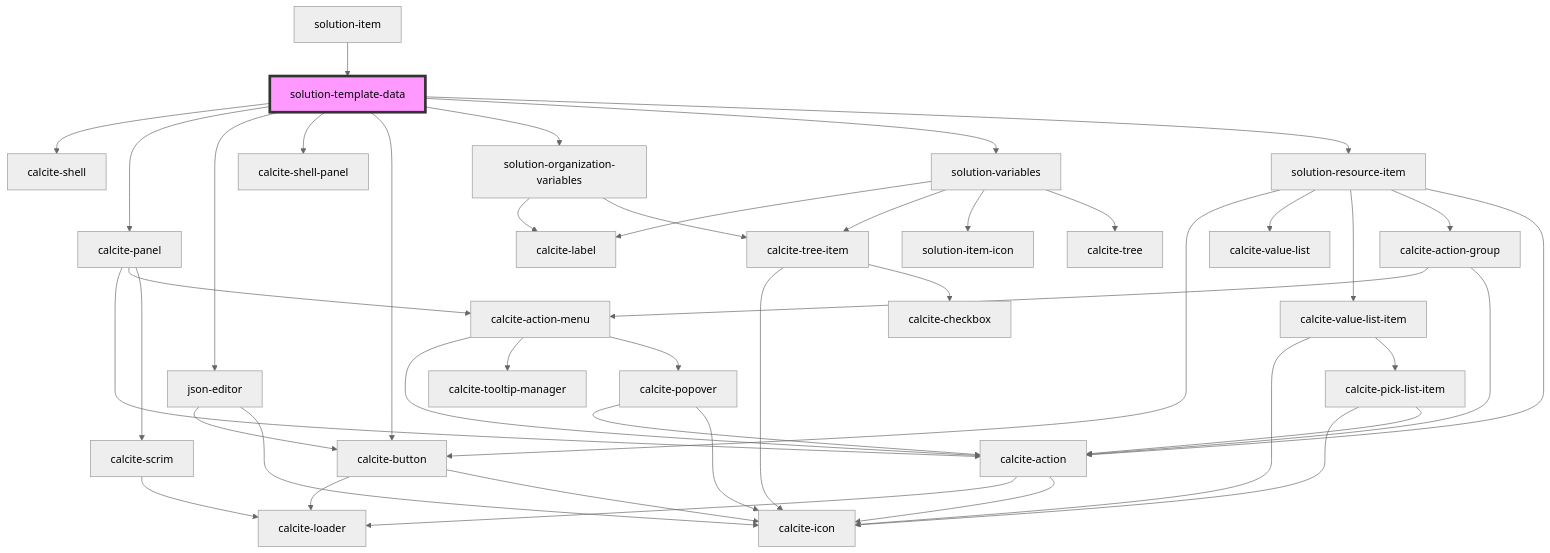
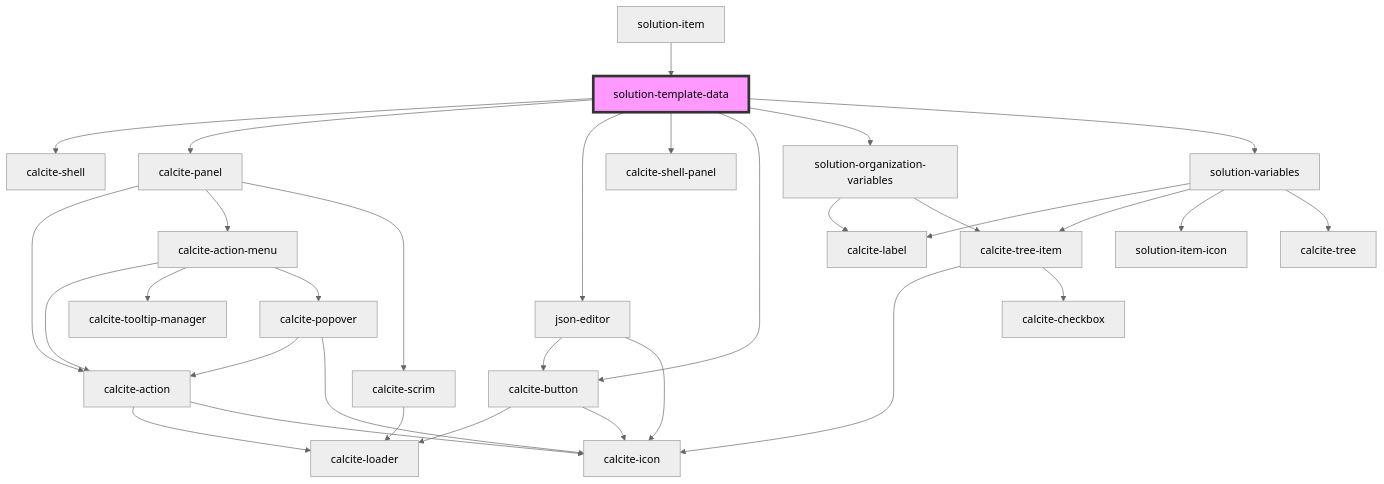
Before and after one commit to Esri/solutions-components: the diagram in src/components/solution-template-data/readme.md, drawn with Mermaid (neutral theme). The commit also changed other lines of this file and 7 other files, not shown here.

````diff
--- a/src/components/solution-template-data/readme.md
+++ b/src/components/solution-template-data/readme.md
@@ -41,47 +39,35 @@
 ```mermaid
 graph TD;
   solution-template-data --> calcite-shell
   solution-template-data --> calcite-panel
   solution-template-data --> json-editor
   solution-template-data --> calcite-shell-panel
   solution-template-data --> calcite-button
   solution-template-data --> solution-organization-variables
   solution-template-data --> solution-variables
-  solution-template-data --> solution-resource-item
   calcite-panel --> calcite-action
   calcite-panel --> calcite-action-menu
   calcite-panel --> calcite-scrim
   calcite-action --> calcite-loader
   calcite-action --> calcite-icon
   calcite-action-menu --> calcite-action
   calcite-action-menu --> calcite-tooltip-manager
   calcite-action-menu --> calcite-popover
   calcite-popover --> calcite-action
   calcite-popover --> calcite-icon
   calcite-scrim --> calcite-loader
   json-editor --> calcite-button
   json-editor --> calcite-icon
   calcite-button --> calcite-loader
   calcite-button --> calcite-icon
   solution-organization-variables --> calcite-label
   solution-organization-variables --> calcite-tree-item
   calcite-tree-item --> calcite-icon
   calcite-tree-item --> calcite-checkbox
   solution-variables --> calcite-label
   solution-variables --> calcite-tree-item
   solution-variables --> solution-item-icon
   solution-variables --> calcite-tree
-  solution-resource-item --> calcite-button
-  solution-resource-item --> calcite-value-list
-  solution-resource-item --> calcite-value-list-item
-  solution-resource-item --> calcite-action-group
-  solution-resource-item --> calcite-action
-  calcite-value-list-item --> calcite-icon
-  calcite-value-list-item --> calcite-pick-list-item
-  calcite-pick-list-item --> calcite-icon
-  calcite-pick-list-item --> calcite-action
-  calcite-action-group --> calcite-action-menu
-  calcite-action-group --> calcite-action
   solution-item --> solution-template-data
   style solution-template-data fill:#f9f,stroke:#333,stroke-width:4px
 ```
````
